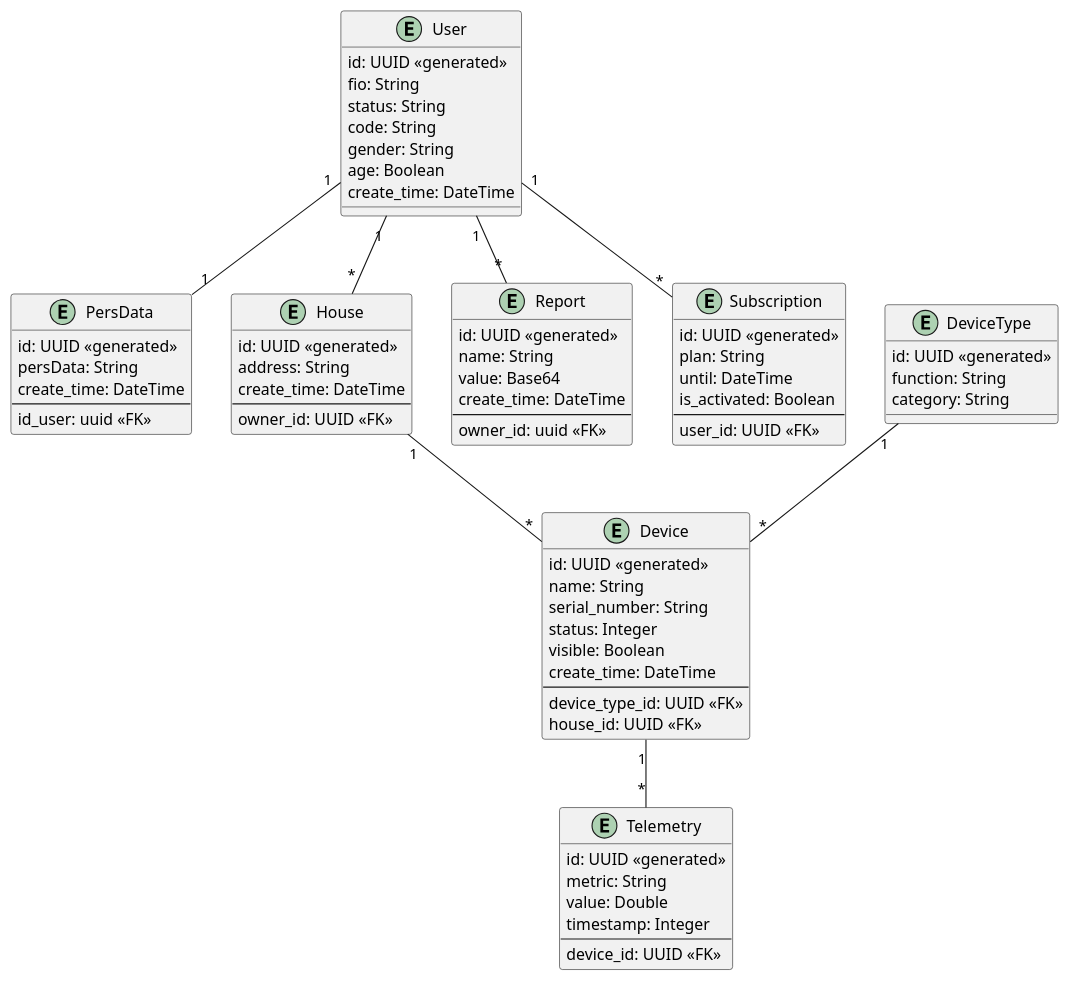
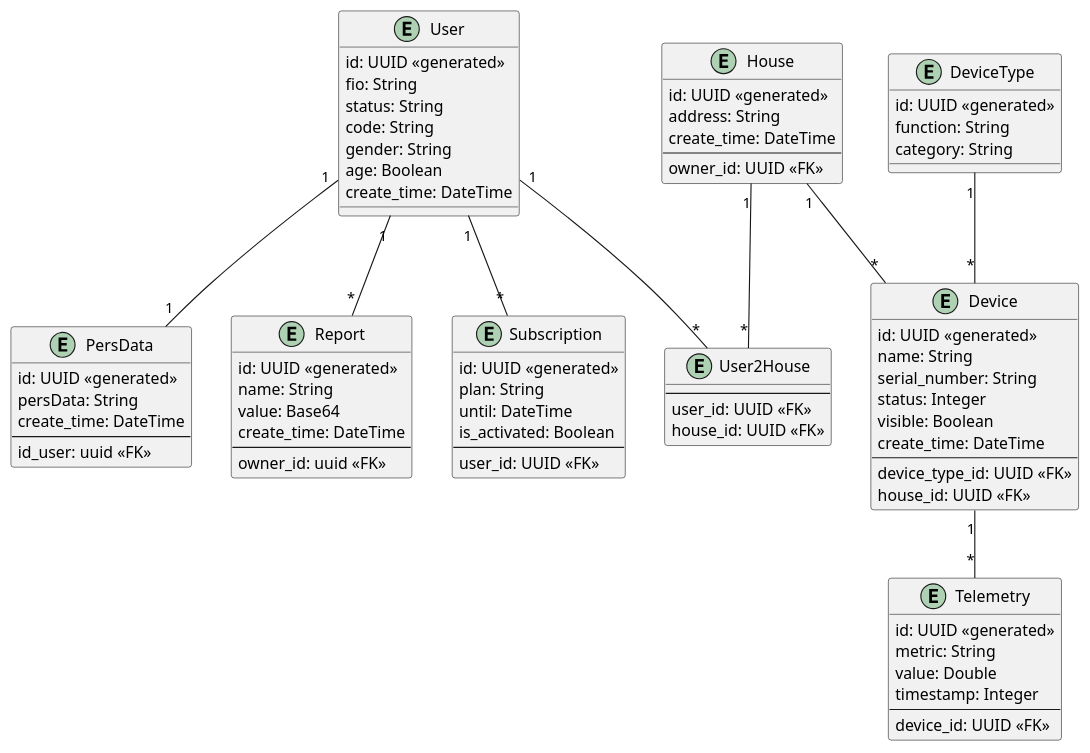
The second of 2 diagrams in diagrams/er/ex3.puml (va-kolle-jet/architecture-sprint-3), drawn with PlantUML before and after one commit. The commit also changed 1 other file, not shown here.

Commit message:
ex3 +add User2House

```diff
--- a/diagrams/er/ex3.puml
+++ b/diagrams/er/ex3.puml
@@ -21,82 +21,89 @@
 @startuml ER_Diagram
 
 entity User {
   id: UUID <<generated>>
   fio: String
   status: String
   code: String
   gender: String
   age: Boolean
   create_time: DateTime
 }
 entity PersData {
   id: UUID <<generated>>
   persData: String
   create_time: DateTime
   --
   id_user: uuid <<FK>>
+}
+
+entity User2House {
+  --
+  user_id: UUID <<FK>>
+  house_id: UUID <<FK>>
 }
 
 entity House {
   id: UUID <<generated>>
   address: String
   create_time: DateTime
   --
   owner_id: UUID <<FK>>
 }
 
 entity Device {
   id: UUID <<generated>>
   name: String
   serial_number: String
   status: Integer
   visible: Boolean
   create_time: DateTime
   --
   device_type_id: UUID <<FK>>
   house_id: UUID <<FK>>
 }
 
 entity DeviceType {
   id: UUID <<generated>>
   function: String
   category: String
 }
 
 entity Telemetry {
   id: UUID <<generated>>
   metric: String
   value: Double
   timestamp: Integer
   --
   device_id: UUID <<FK>>
 }
 
 entity Report {
   id: UUID <<generated>>
   name: String
   value: Base64
   create_time: DateTime
   --
   owner_id: uuid <<FK>>
 }
 
 entity Subscription {
   id: UUID <<generated>>
   plan: String
   until: DateTime
   is_activated: Boolean
   --
   user_id: UUID <<FK>>
 }
 
 
 DeviceType "1" -- "*" Device
-User "1" -- "*" House
+User "1" -- "*" User2House
+House "1" -- "*" User2House
 User "1" -- "1" PersData
 User "1" -- "*" Report
 House "1" -- "*" Device
 Device "1" -- "*" Telemetry
 User "1" -- "*" Subscription
 
 @enduml
```
